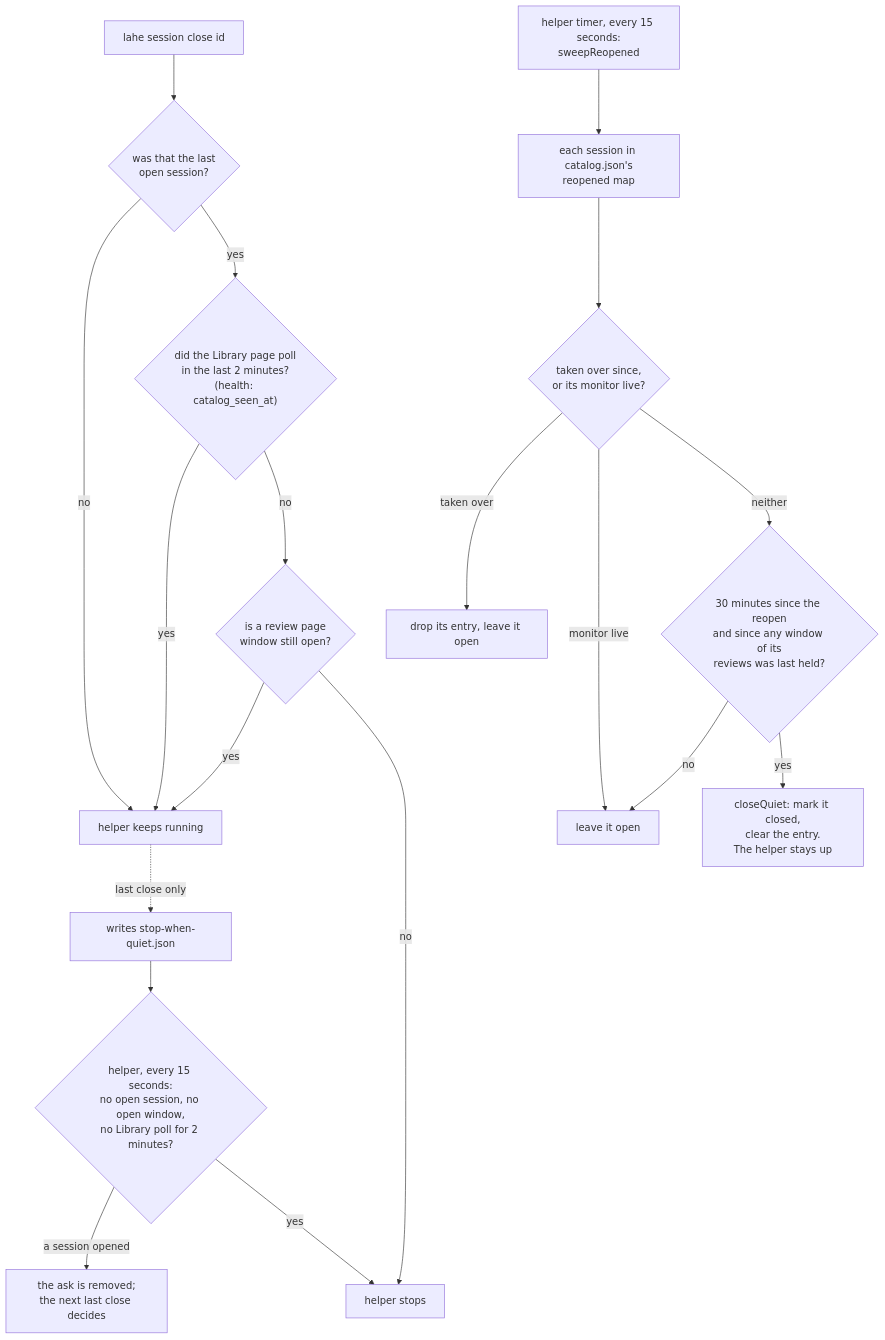
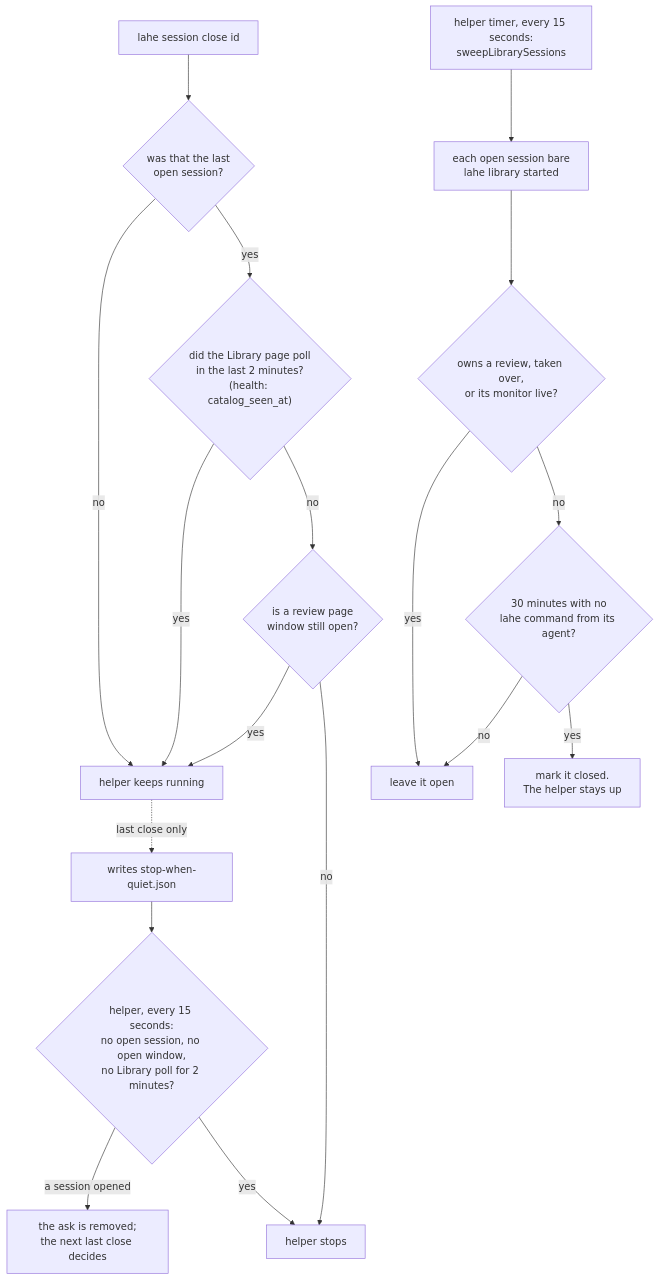
The third of 3 diagrams in docs/diagrams/session_ownership.md (kenxle/live-agentic-html-editor), drawn with Mermaid before and after one commit. The commit also changed other lines of this file and 5 other files, not shown here.

Commit message:
Stable addresses 4.3: Library docs, contracts and diagrams describe Open binding a site

````diff
--- a/docs/diagrams/session_ownership.md
+++ b/docs/diagrams/session_ownership.md
@@ -109,22 +109,21 @@
 ```mermaid
 flowchart TD
     Close["lahe session close id"] --> Last{"was that the last<br/>open session?"}
     Last -->|"no"| Up["helper keeps running"]
     Last -->|"yes"| Polled{"did the Library page poll<br/>in the last 2 minutes?<br/>(health: catalog_seen_at)"}
     Polled -->|"yes"| Up
     Polled -->|"no"| Held{"is a review page<br/>window still open?"}
     Held -->|"yes"| Up
     Held -->|"no"| Stop["helper stops"]
     Up -.->|"last close only"| Ask["writes stop-when-quiet.json"]
     Ask --> SelfCheck{"helper, every 15 seconds:<br/>no open session, no open window,<br/>no Library poll for 2 minutes?"}
     SelfCheck -->|"a session opened"| Cancel["the ask is removed;<br/>the next last close decides"]
     SelfCheck -->|"yes"| Stop
 
-    Timer["helper timer, every 15 seconds:<br/>sweepReopened"] --> Each["each session in catalog.json's<br/>reopened map"]
-    Each --> Moved{"taken over since,<br/>or its monitor live?"}
-    Moved -->|"taken over"| Drop["drop its entry, leave it open"]
-    Moved -->|"monitor live"| Leave["leave it open"]
-    Moved -->|"neither"| Quiet{"30 minutes since the reopen<br/>and since any window of its<br/>reviews was last held?"}
+    Timer["helper timer, every 15 seconds:<br/>sweepLibrarySessions"] --> Each["each open session bare<br/>lahe library started"]
+    Each --> Owns{"owns a review, taken over,<br/>or its monitor live?"}
+    Owns -->|"yes"| Leave["leave it open"]
+    Owns -->|"no"| Quiet{"30 minutes with no<br/>lahe command from its agent?"}
     Quiet -->|"no"| Leave
-    Quiet -->|"yes"| CloseQuiet["closeQuiet: mark it closed,<br/>clear the entry.<br/>The helper stays up"]
+    Quiet -->|"yes"| CloseQuiet["mark it closed.<br/>The helper stays up"]
 ```
````
